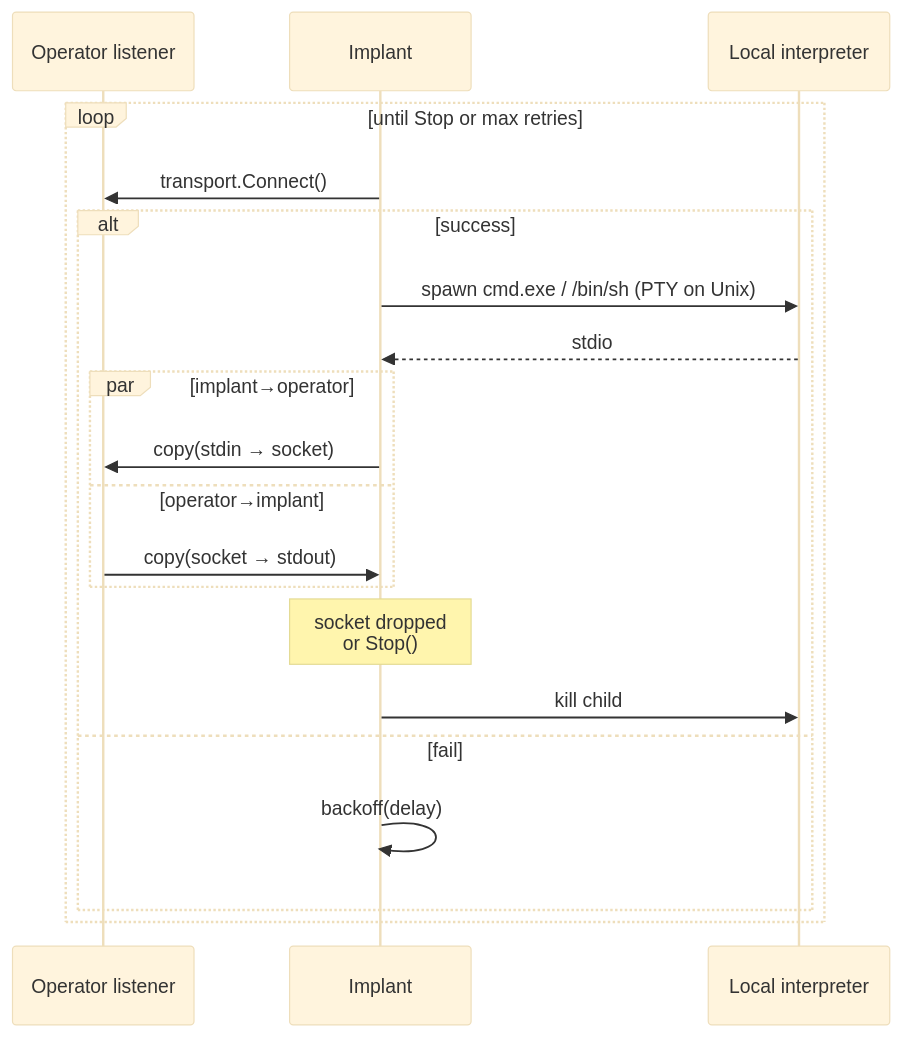
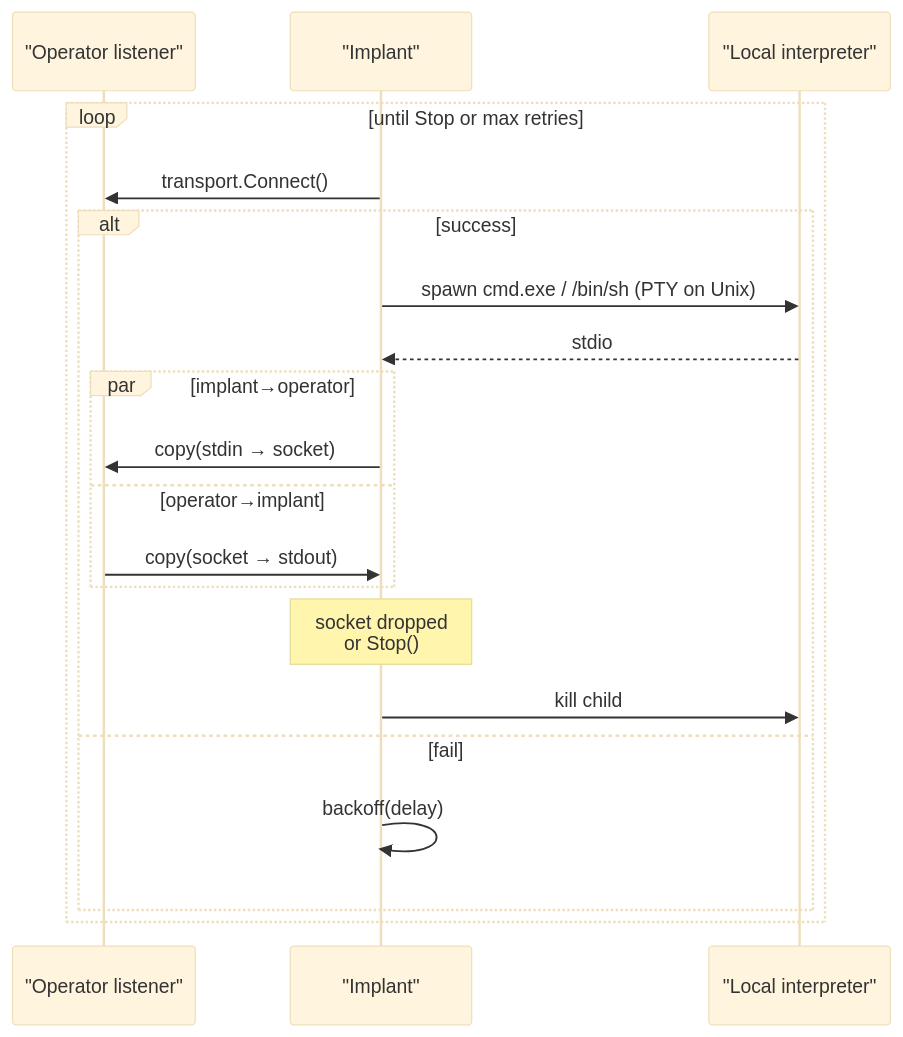
The second of 2 diagrams in docs/techniques/c2/reverse-shell.md (oioio-space/maldev), drawn with Mermaid (base theme) before and after one commit. The commit also changed 52 other files, not shown here.

First line of the commit message:
fix(docs): quote multi-word Mermaid participant aliases — 11.2.0 strict-mode sweep

````diff
--- a/docs/techniques/c2/reverse-shell.md
+++ b/docs/techniques/c2/reverse-shell.md
@@ -62,23 +62,23 @@
 ```mermaid
 sequenceDiagram
-    participant Op as Operator listener
-    participant Imp as Implant
-    participant Sh as Local interpreter
+    participant Op as "Operator listener"
+    participant Imp as "Implant"
+    participant Sh as "Local interpreter"
 
     loop until Stop or max retries
         Imp->>Op: transport.Connect()
         alt success
             Imp->>Sh: spawn cmd.exe / /bin/sh (PTY on Unix)
             Sh-->>Imp: stdio
             par implant→operator
                 Imp->>Op: copy(stdin → socket)
             and operator→implant
                 Op->>Imp: copy(socket → stdout)
             end
             Note over Imp: socket dropped<br>or Stop()
             Imp->>Sh: kill child
         else fail
             Imp->>Imp: backoff(delay)
         end
     end
 ```
````
